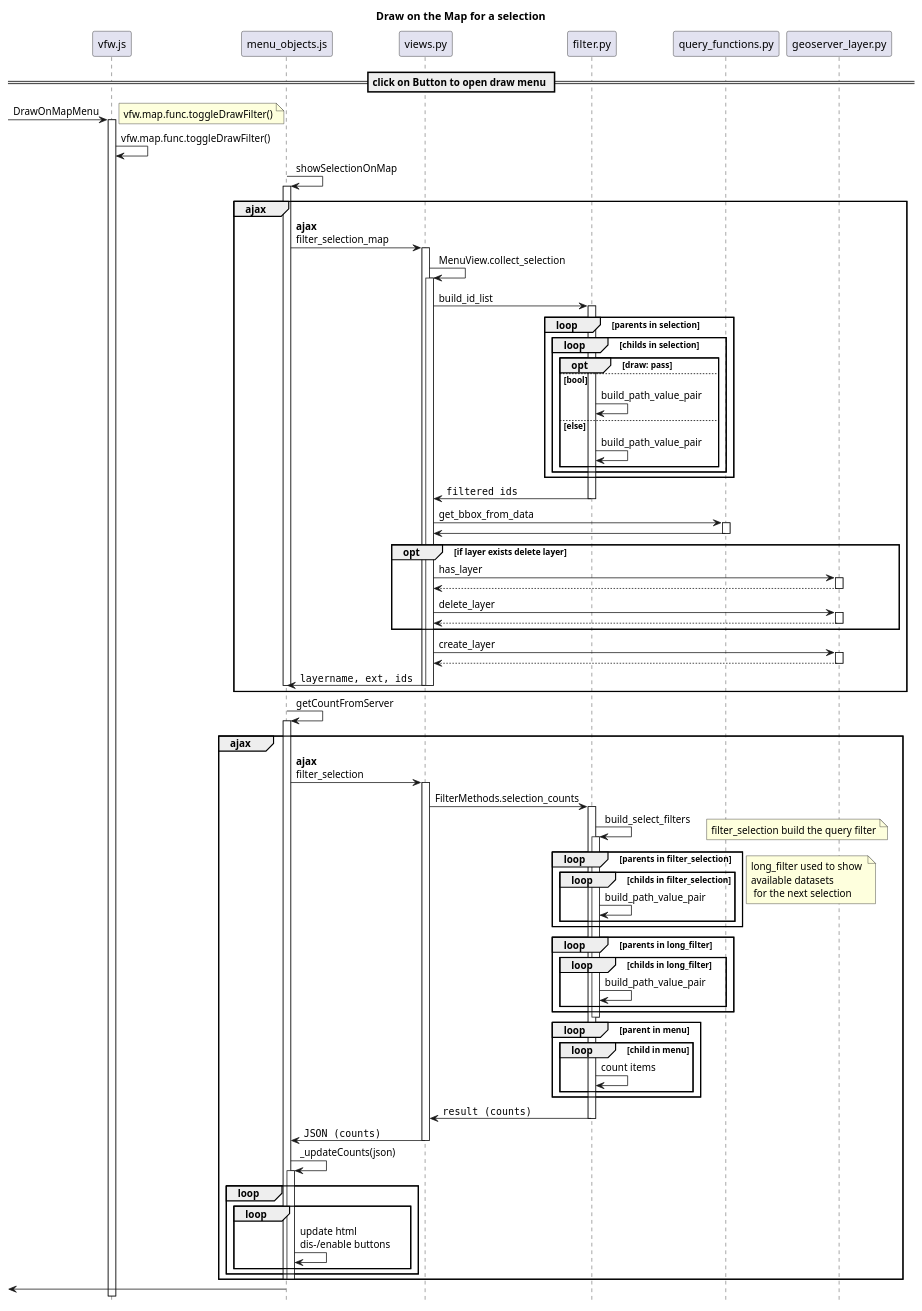
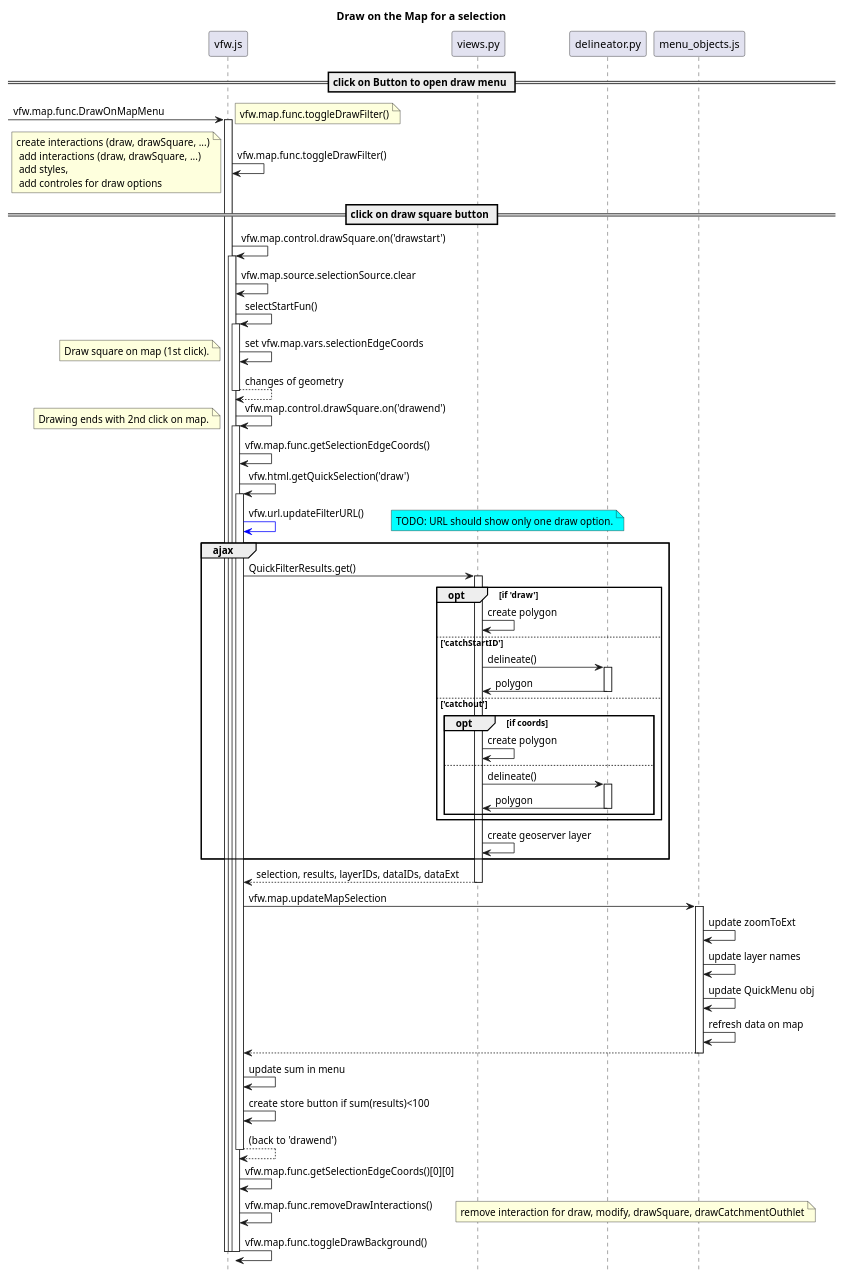
One commit to VForWaTer/vforwater-portal changed the diagram in diagrams/drawOnMapMenu.puml. Above: the diagram before and after it, drawn with PlantUML.

Commit message:
Update of draw on map Sequence Diagram

```diff
--- a/diagrams/drawOnMapMenu.puml
+++ b/diagrams/drawOnMapMenu.puml
@@ -1,90 +1,67 @@
 @startuml
 title Draw on the Map for a selection
 
 hide footbox
 
 
 == click on Button to open draw menu ==
-[-> vfw.js ++: DrawOnMapMenu
+[-> vfw.js ++: vfw.map.func.DrawOnMapMenu
 note left: vfw.map.func.toggleDrawFilter()
 vfw.js -> vfw.js: vfw.map.func.toggleDrawFilter()
+note left: create interactions (draw, drawSquare, ...)\n add interactions (draw, drawSquare, ...)\n add styles,\n add controles for draw options
+
+== click on draw square button ==
+vfw.js -> vfw.js ++: vfw.map.control.drawSquare.on('drawstart')
+vfw.js -> vfw.js: vfw.map.source.selectionSource.clear
+vfw.js -> vfw.js ++: selectStartFun()
+vfw.js -> vfw.js: set vfw.map.vars.selectionEdgeCoords
+note left: Draw square on map (1st click).
+return changes of geometry
+'deactivate vfw.js
+
+vfw.js -> vfw.js ++: vfw.map.control.drawSquare.on('drawend')
+note left: Drawing ends with 2nd click on map.
+vfw.js -> vfw.js: vfw.map.func.getSelectionEdgeCoords()
+vfw.js -> vfw.js ++: vfw.html.getQuickSelection('draw')
+vfw.js -[#blue]> vfw.js: vfw.url.updateFilterURL()
+note right #aqua: TODO: URL should show only one draw option.
+group ajax
+vfw.js -> views.py ++: QuickFilterResults.get()
+opt if 'draw'
+    views.py -> views.py: create polygon
+    else 'catchStartID'
+    views.py -> delineator.py ++: delineate()
+    delineator.py -> views.py --: polygon
+    else 'catchout'
+    opt if coords
+        views.py -> views.py: create polygon
+    else
+    views.py -> delineator.py ++: delineate()
+    delineator.py -> views.py --: polygon
+    end
+end
+views.py -> views.py: create geoserver layer
+end
+return selection, results, layerIDs, dataIDs, dataExt
+vfw.js -> menu_objects.js ++: vfw.map.updateMapSelection
+menu_objects.js -> menu_objects.js: update zoomToExt
+menu_objects.js -> menu_objects.js: update layer names
+menu_objects.js -> menu_objects.js: update QuickMenu obj
+menu_objects.js -> menu_objects.js: refresh data on map
+return
+vfw.js -> vfw.js: update sum in menu
+vfw.js -> vfw.js: create store button if sum(results)<100
+return (back to 'drawend')
+vfw.js -> vfw.js: vfw.map.func.getSelectionEdgeCoords()[0][0]
+vfw.js -> vfw.js: vfw.map.func.removeDrawInteractions()
+note right: remove interaction for draw, modify, drawSquare, drawCatchmentOuthlet
+vfw.js -> vfw.js: vfw.map.func.toggleDrawBackground()
+deactivate
+deactivate
+deactivate
 
 
 
 
-' checkSiblings checks what is clicked
-menu_objects.js -> menu_objects.js ++: showSelectionOnMap
-group ajax
-menu_objects.js -> views.py ++: **ajax**\nfilter_selection_map
-views.py -> views.py ++: MenuView.collect_selection
-views.py -> filter.py ++: build_id_list
-loop parents in selection
-    loop childs in selection
-        opt draw: pass
-        else bool
-            filter.py -> filter.py: build_path_value_pair
-        else else
-            filter.py -> filter.py: build_path_value_pair
-        end
-    end
-end
-views.py <- filter.py : ""filtered ids""
-deactivate filter.py
-views.py -> query_functions.py ++: get_bbox_from_data
-views.py <- query_functions.py --
-opt if layer exists delete layer
-    views.py -> geoserver_layer.py ++: has_layer
-    return
-
-    views.py -> geoserver_layer.py ++: delete_layer
-    return
-end
-views.py -> geoserver_layer.py ++: create_layer
-return
-menu_objects.js <- views.py --: ""layername, ext, ids""
-deactivate views.py
-deactivate menu_objects.js
-end
-
-menu_objects.js -> menu_objects.js ++: getCountFromServer
-group ajax
-menu_objects.js -> views.py ++: **ajax**\nfilter_selection
-views.py -> filter.py ++: FilterMethods.selection_counts
-filter.py -> filter.py ++: build_select_filters
-loop parents in filter_selection
-note right: filter_selection build the query filter
-    loop childs in filter_selection
-        filter.py -> filter.py: build_path_value_pair
-    end
-end
-
-loop parents in long_filter
-    loop childs in long_filter
-note left: long_filter used to show \navailable datasets\n for the next selection
-        filter.py -> filter.py: build_path_value_pair
-    end
-end
-deactivate filter.py
-
-loop parent in menu
-    loop child in menu
-        filter.py -> filter.py: count items
-    end
-end
-views.py <- filter.py --: ""result (counts)""
-menu_objects.js <- views.py --: ""JSON (counts)""
-menu_objects.js -> menu_objects.js ++: _updateCounts(json)
-loop
-    loop
-        menu_objects.js -> menu_objects.js: update html \ndis-/enable buttons
-    end
-end
-deactivate menu_objects.js
-deactivate menu_objects.js
-deactivate menu_objects.js
-end
-[<- menu_objects.js
-
-
 
 @enduml
```
